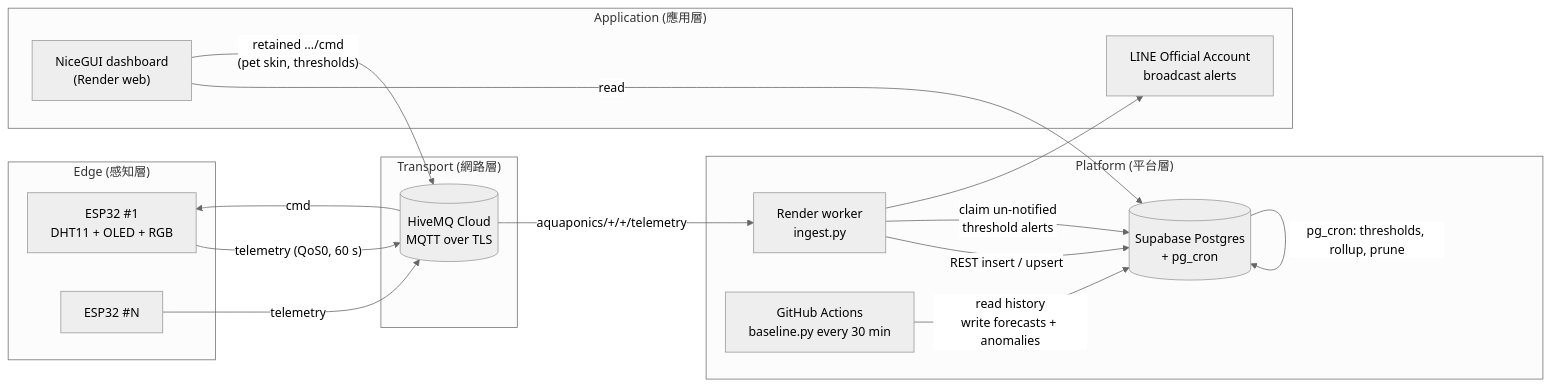
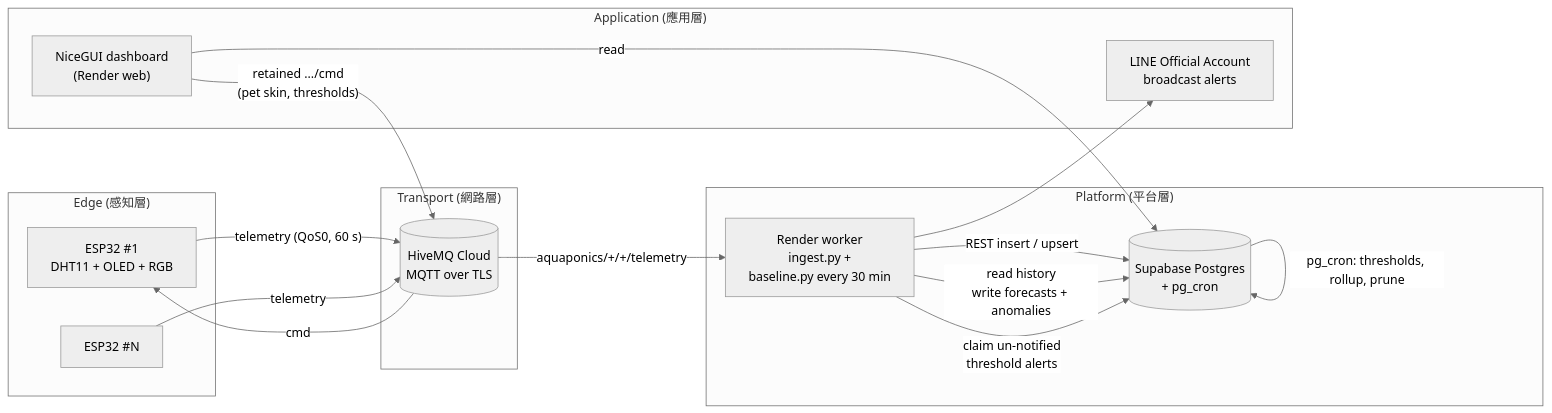
One commit to Bonny-sun/esp32_1 changed the diagram in README.md. Above: the diagram before and after it, drawn with Mermaid (neutral theme). The commit also changed other lines of this file and 5 other files, not shown here.

First line of the commit message:
Run the AI forecast job inside the ingest worker's own timer, not GitHub Actions (#162)

````diff
--- a/README.md
+++ b/README.md
@@ -29,31 +29,30 @@
 ```mermaid
 flowchart LR
     subgraph Edge["Edge (感知層)"]
         E1["ESP32 #1<br/>DHT11 + OLED + RGB"]
         E2["ESP32 #N"]
     end
     subgraph Net["Transport (網路層)"]
         MQ[("HiveMQ Cloud<br/>MQTT over TLS")]
     end
     subgraph Cloud["Platform (平台層)"]
-        W["Render worker<br/>ingest.py"]
+        W["Render worker<br/>ingest.py +<br/>baseline.py every 30 min"]
         DB[("Supabase Postgres<br/>+ pg_cron")]
-        AI["GitHub Actions<br/>baseline.py every 30 min"]
     end
     subgraph App["Application (應用層)"]
         D["NiceGUI dashboard<br/>(Render web)"]
         L["LINE Official Account<br/>broadcast alerts"]
     end
 
     E1 -- "telemetry (QoS0, 60 s)" --> MQ
     E2 -- telemetry --> MQ
     MQ -- "aquaponics/+/+/telemetry" --> W
     W -- "REST insert / upsert" --> DB
     DB -- "pg_cron: thresholds, rollup, prune" --> DB
-    AI -- "read history<br/>write forecasts + anomalies" --> DB
+    W -- "read history<br/>write forecasts + anomalies" --> DB
     W -- "claim un-notified<br/>threshold alerts" --> DB
     W --> L
     D -- "read" --> DB
     D -- "retained .../cmd<br/>(pet skin, thresholds)" --> MQ
     MQ -- "cmd" --> E1
 ```
````
